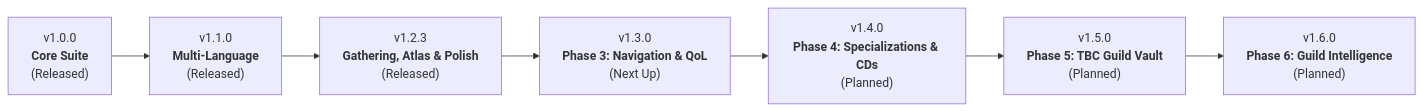
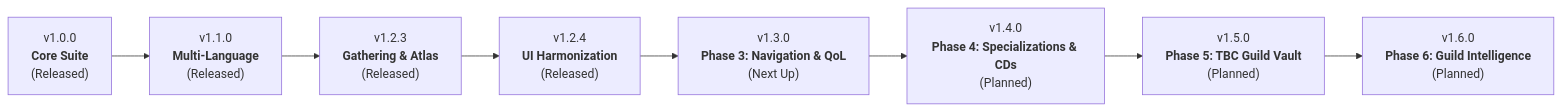
One commit to VhelCodez/GSFHub changed the diagram in ROADMAP.md. Above: the diagram before and after it, drawn with Mermaid. The commit also changed other lines of this file and 24 other files, not shown here.

````diff
--- a/ROADMAP.md
+++ b/ROADMAP.md
@@ -9,9 +9,10 @@
 ```mermaid
 graph LR
     v10["v1.0.0<br/><b>Core Suite</b><br/>(Released)"] --> v11["v1.1.0<br/><b>Multi-Language</b><br/>(Released)"]
-    v11 --> v12["v1.2.3<br/><b>Gathering, Atlas & Polish</b><br/>(Released)"]
-    v12 --> v13["v1.3.0<br/><b>Phase 3: Navigation & QoL</b><br/>(Next Up)"]
+    v11 --> v12["v1.2.3<br/><b>Gathering & Atlas</b><br/>(Released)"]
+    v12 --> v124["v1.2.4<br/><b>UI Harmonization</b><br/>(Released)"]
+    v124 --> v13["v1.3.0<br/><b>Phase 3: Navigation & QoL</b><br/>(Next Up)"]
     v13 --> v14["v1.4.0<br/><b>Phase 4: Specializations & CDs</b><br/>(Planned)"]
     v14 --> v15["v1.5.0<br/><b>Phase 5: TBC Guild Vault</b><br/>(Planned)"]
     v15 --> v16["v1.6.0<br/><b>Phase 6: Guild Intelligence</b><br/>(Planned)"]
 ```
````
